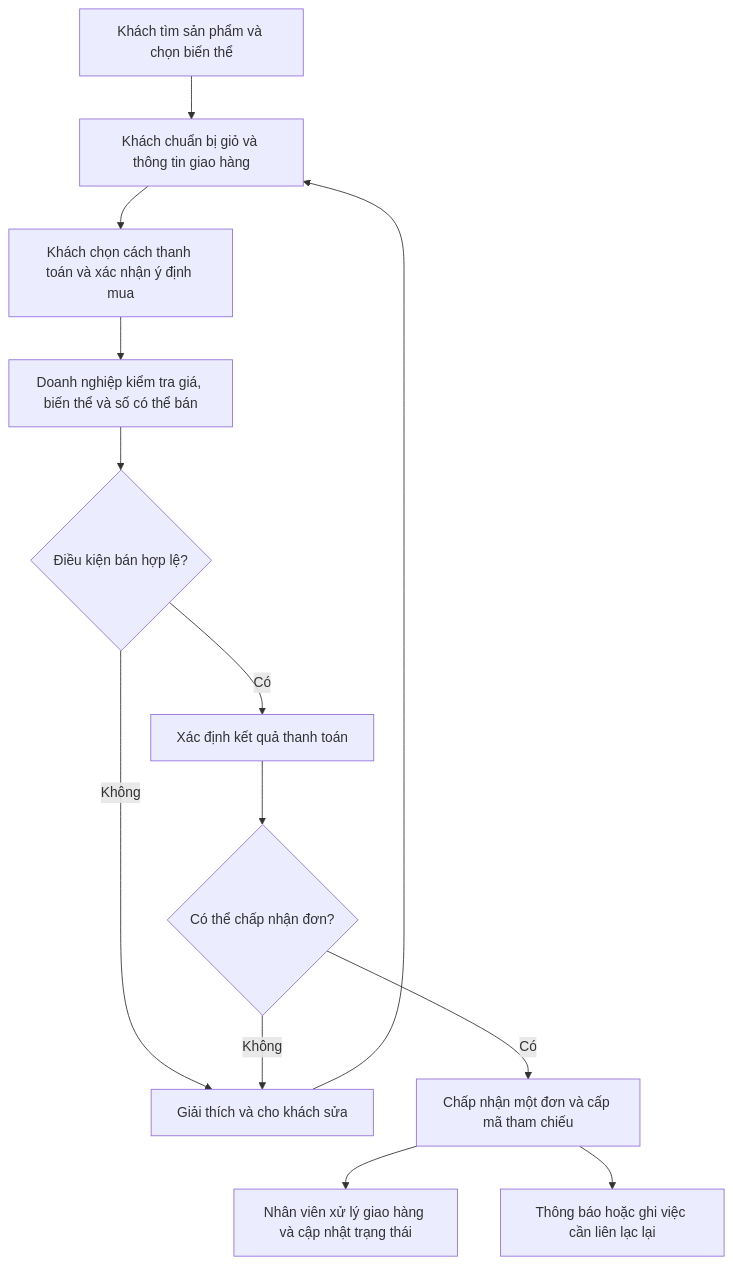
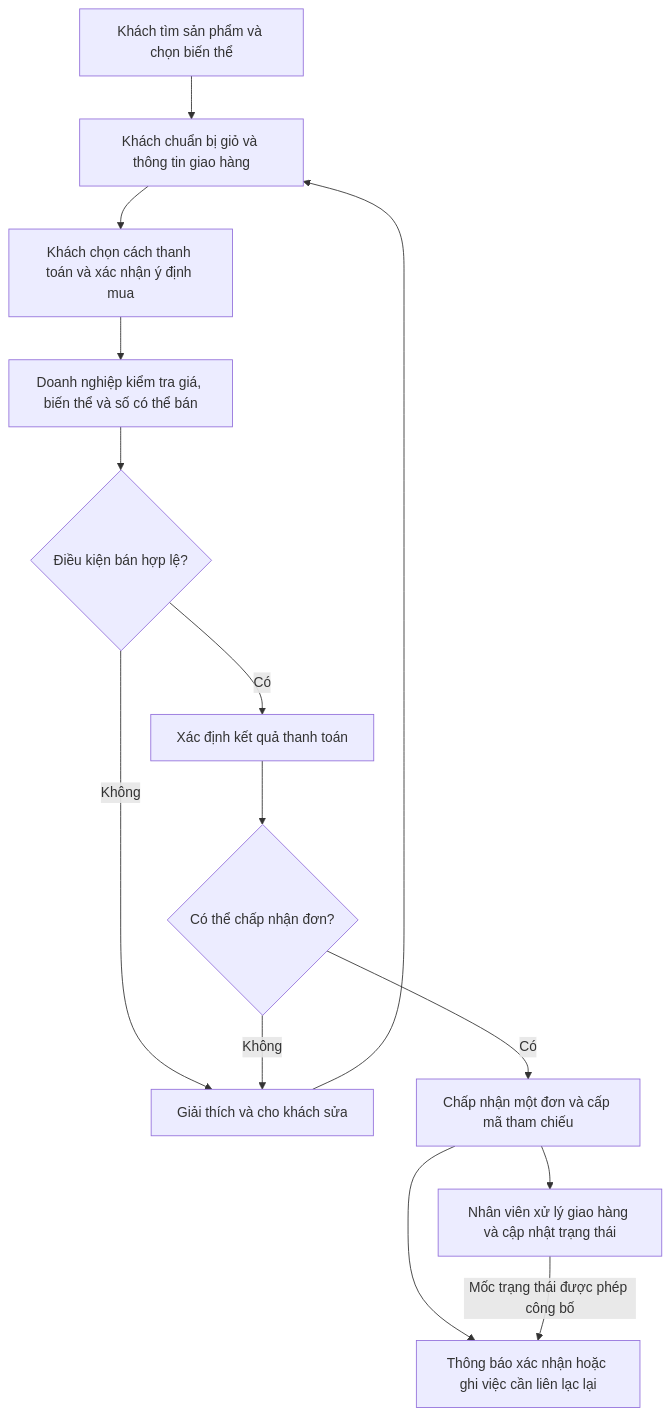
The first of 2 diagrams in docs/01-business/business-processes.md (kieuquy283/EnterpriseE-commercePlatform), drawn with Mermaid before and after one commit. The commit also changed other lines of this file and 49 other files, not shown here.

````diff
--- a/docs/01-business/business-processes.md
+++ b/docs/01-business/business-processes.md
@@ -41,15 +41,16 @@
 ```mermaid
 flowchart TD
   A[Khách tìm sản phẩm và chọn biến thể] --> B[Khách chuẩn bị giỏ và thông tin giao hàng]
   B --> C[Khách chọn cách thanh toán và xác nhận ý định mua]
   C --> D[Doanh nghiệp kiểm tra giá, biến thể và số có thể bán]
   D --> E{Điều kiện bán hợp lệ?}
   E -->|Không| F[Giải thích và cho khách sửa]
   F --> B
   E -->|Có| G[Xác định kết quả thanh toán]
   G --> H{Có thể chấp nhận đơn?}
   H -->|Không| F
   H -->|Có| I[Chấp nhận một đơn và cấp mã tham chiếu]
   I --> J[Nhân viên xử lý giao hàng và cập nhật trạng thái]
-  I --> K[Thông báo hoặc ghi việc cần liên lạc lại]
+  I --> K[Thông báo xác nhận hoặc ghi việc cần liên lạc lại]
+  J -->|Mốc trạng thái được phép công bố| K
 ```
````
